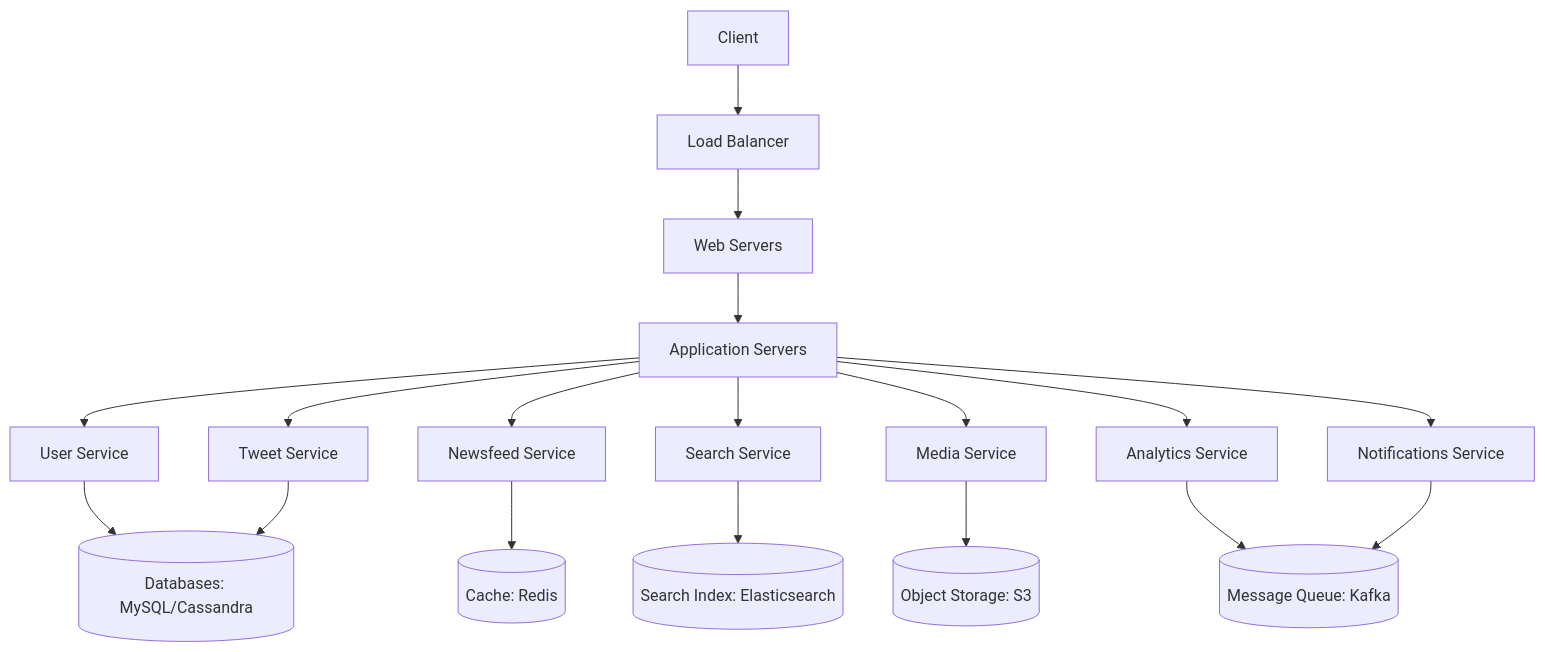
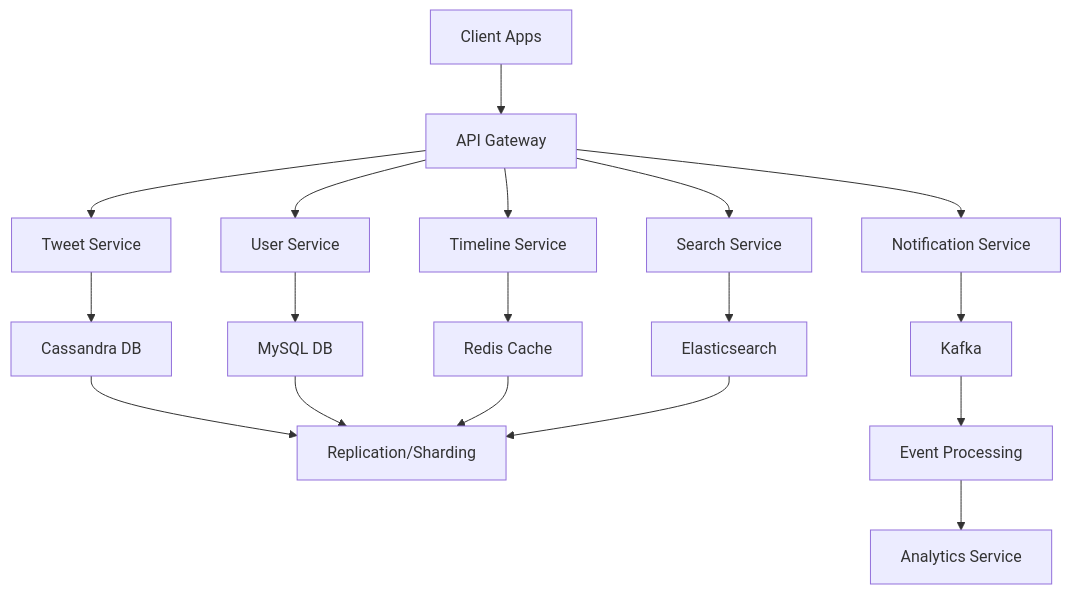
The diagram in twitter-system-design/README.md (VrushankPatel/interview-matters), drawn with Mermaid before and after one commit. The commit also changed other lines of this file and 5 other files, not shown here.

````diff
--- a/twitter-system-design/README.md
+++ b/twitter-system-design/README.md
@@ -46,20 +29,20 @@
 ```mermaid
 graph TD
-    A[Client] --> B[Load Balancer]
-    B --> C[Web Servers]
-    C --> D[Application Servers]
-    D --> E[User Service]
-    D --> F[Newsfeed Service]
-    D --> G[Tweet Service]
-    D --> H[Search Service]
-    D --> I[Media Service]
-    D --> J[Analytics Service]
-    D --> K[Notifications Service]
-    E --> L[(Databases: MySQL/Cassandra)]
-    F --> M[(Cache: Redis)]
-    G --> L
-    H --> N[(Search Index: Elasticsearch)]
-    I --> O[(Object Storage: S3)]
-    J --> P[(Message Queue: Kafka)]
-    K --> P
+    A[Client Apps] --> B[API Gateway]
+    B --> C[Tweet Service]
+    B --> D[User Service]
+    B --> E[Timeline Service]
+    B --> F[Search Service]
+    B --> G[Notification Service]
+    C --> H[Cassandra DB]
+    D --> I[MySQL DB]
+    E --> J[Redis Cache]
+    F --> K[Elasticsearch]
+    G --> L[Kafka]
+    H --> M[Replication/Sharding]
+    I --> M
+    J --> M
+    K --> M
+    L --> N[Event Processing]
+    N --> O[Analytics Service]
 ```
````
